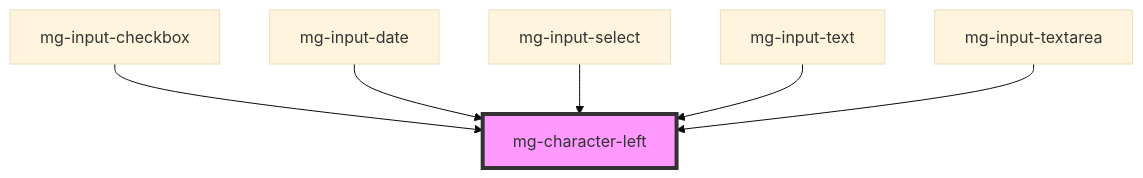
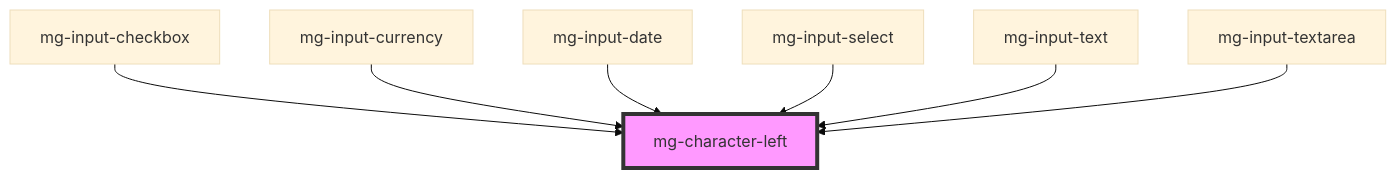
Before and after one commit to MGDIS/mg-components: the diagram in src/components/atoms/mg-character-left/readme.md, drawn with Mermaid (base theme). The commit also changed other lines of this file and 43 other files, not shown here.

First line of the commit message:
feat(mg-input-currency): add molecule

````diff
--- a/src/components/atoms/mg-character-left/readme.md
+++ b/src/components/atoms/mg-character-left/readme.md
@@ -29,9 +30,10 @@
 ```mermaid
 graph TD;
   mg-input-checkbox --> mg-character-left
+  mg-input-currency --> mg-character-left
   mg-input-date --> mg-character-left
   mg-input-select --> mg-character-left
   mg-input-text --> mg-character-left
   mg-input-textarea --> mg-character-left
   style mg-character-left fill:#f9f,stroke:#333,stroke-width:4px
 ```
````
